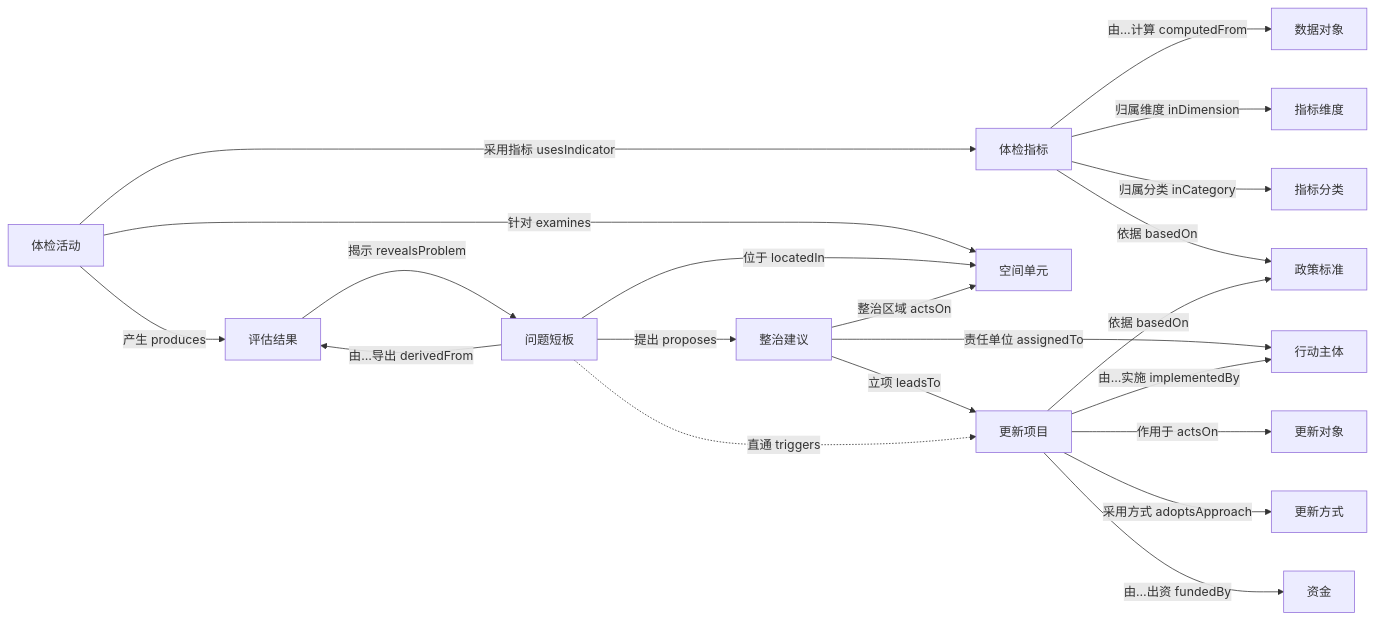
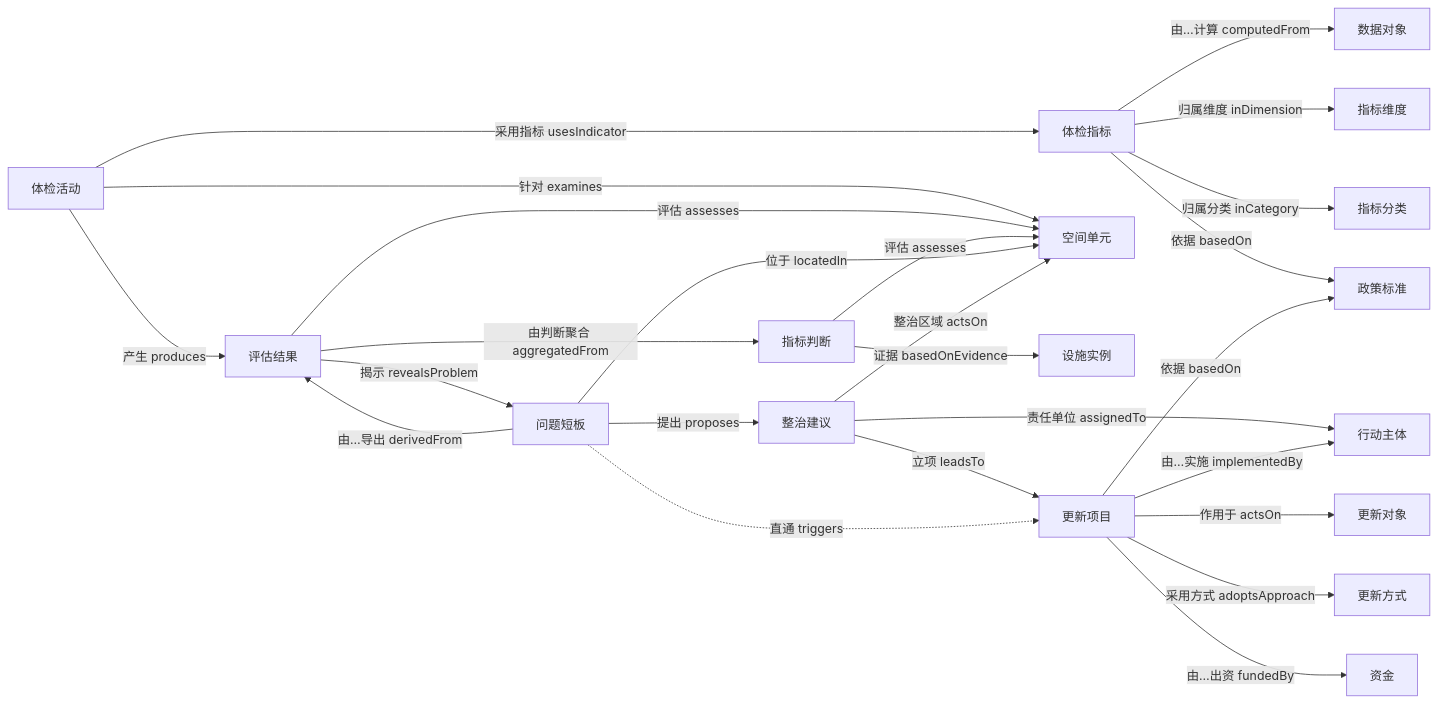
One commit to JeffWang870115/urban-renewal-ontology changed the third of 4 diagrams in 03-本体模型/类与层级.md. Above: the diagram before and after it, drawn with Mermaid. The commit also changed other lines of this file and 95 other files, not shown here.

````diff
--- a/03-本体模型/类与层级.md
+++ b/03-本体模型/类与层级.md
@@ -320,23 +441,27 @@
 ```mermaid
 graph LR
     EA[体检活动] -->|采用指标 usesIndicator| IND[体检指标]
     IND -->|由…计算 computedFrom| DO[数据对象]
     IND -->|归属维度 inDimension| DIM[指标维度]
     IND -->|归属分类 inCategory| IC[指标分类]
     IND -->|依据 basedOn| PS[政策标准]
     EA -->|针对 examines| SU[空间单元]
     EA -->|产生 produces| AR[评估结果]
+    AR -->|由判断聚合 aggregatedFrom| IJ[指标判断]
+    AR -->|评估 assesses| SU
+    IJ -->|评估 assesses| SU
+    IJ -->|证据 basedOnEvidence| DOV[设施实例]
     AR -->|揭示 revealsProblem| PR[问题短板]
     PR -->|由…导出 derivedFrom| AR
     PR -->|位于 locatedIn| SU
     PR -->|提出 proposes| RS[整治建议]
     RS -->|整治区域 actsOn| SU
     RS -->|责任单位 assignedTo| AC[行动主体]
     RS -->|立项 leadsTo| RP[更新项目]
     PR -.->|直通 triggers| RP
     RP -->|作用于 actsOn| RO[更新对象]
     RP -->|采用方式 adoptsApproach| RA[更新方式]
     RP -->|由…实施 implementedBy| AC
     RP -->|由…出资 fundedBy| FD[资金]
     RP -->|依据 basedOn| PS
 ```
````
